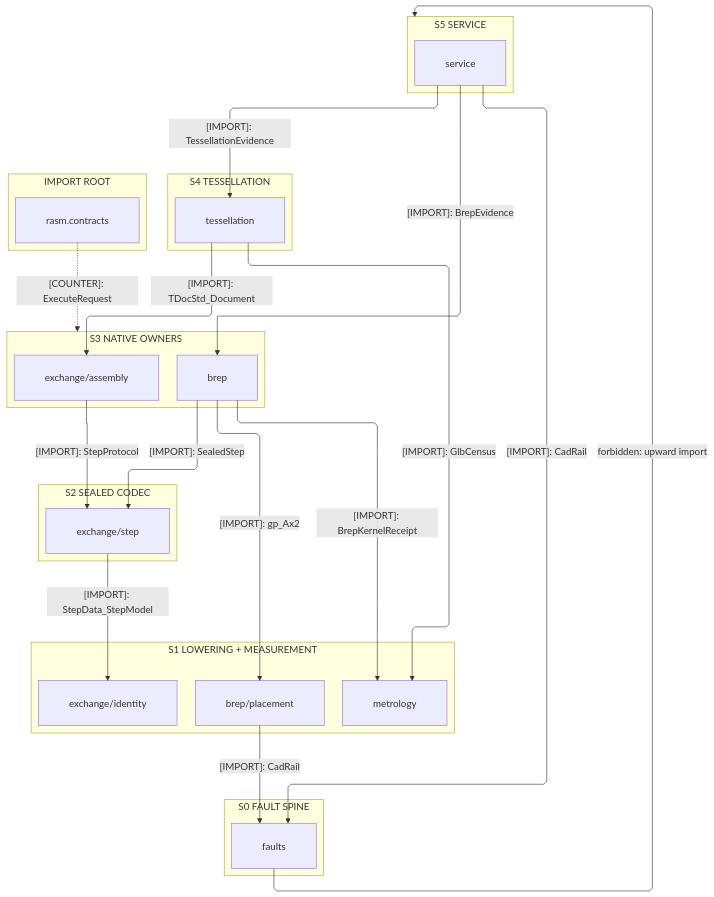
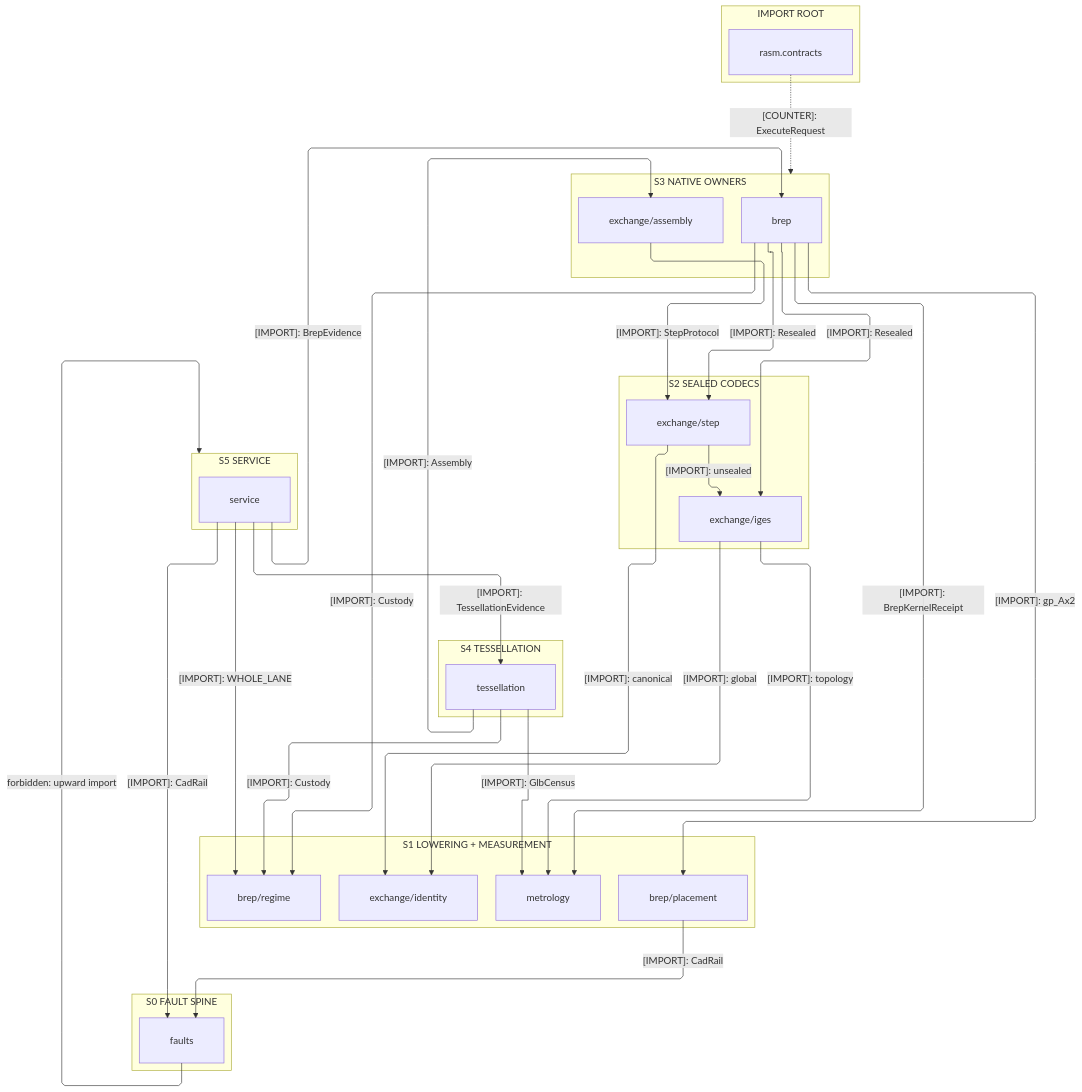
One commit to bsamiee/Rasm changed the first of 3 diagrams in libs/python/cad/ARCHITECTURE.md. Above: the diagram before and after it, drawn with Mermaid. The commit also changed other lines of this file and 167 other files, not shown here.

````diff
--- a/libs/python/cad/ARCHITECTURE.md
+++ b/libs/python/cad/ARCHITECTURE.md
@@ -38,49 +39,58 @@
 ```mermaid
 ---
 config:
   layout: elk
   flowchart:
     curve: linear
     padding: 25
 ---
 flowchart TB
     accTitle: cad provider import strata
     accDescr: Import strata from the served call down to the fault spine, with the rasm.contracts import root seated beside every rank.
     subgraph S5["S5 SERVICE"]
         Service[service]
     end
     subgraph S4["S4 TESSELLATION"]
         Tessellation[tessellation]
     end
     subgraph S3["S3 NATIVE OWNERS"]
         Brep[brep]
         Assembly[exchange/assembly]
     end
-    subgraph S2["S2 SEALED CODEC"]
+    subgraph S2["S2 SEALED CODECS"]
         Step[exchange/step]
+        Iges[exchange/iges]
     end
     subgraph S1["S1 LOWERING + MEASUREMENT"]
+        Regime[brep/regime]
         Placement[brep/placement]
         Identity[exchange/identity]
         Metrology[metrology]
     end
     subgraph S0["S0 FAULT SPINE"]
         Faults[faults]
     end
     subgraph ROOTS["IMPORT ROOT"]
         Contracts[rasm.contracts]
     end
     Service e1@-->|"[IMPORT]: TessellationEvidence"| Tessellation
     Service e2@-->|"[IMPORT]: BrepEvidence"| Brep
-    Service e3@-->|"[IMPORT]: CadRail"| Faults
-    Tessellation e4@-->|"[IMPORT]: TDocStd_Document"| Assembly
-    Tessellation e5@-->|"[IMPORT]: GlbCensus"| Metrology
-    Brep e6@-->|"[IMPORT]: SealedStep"| Step
-    Brep e7@-->|"[IMPORT]: gp_Ax2"| Placement
-    Brep e8@-->|"[IMPORT]: BrepKernelReceipt"| Metrology
-    Assembly e9@-->|"[IMPORT]: StepProtocol"| Step
-    Step e10@-->|"[IMPORT]: StepData_StepModel"| Identity
-    Placement e11@-->|"[IMPORT]: CadRail"| Faults
-    Contracts e12@-.->|"[COUNTER]: ExecuteRequest"| S3
+    Service e3@-->|"[IMPORT]: WHOLE_LANE"| Regime
+    Service e4@-->|"[IMPORT]: CadRail"| Faults
+    Tessellation e5@-->|"[IMPORT]: Assembly"| Assembly
+    Tessellation e6@-->|"[IMPORT]: GlbCensus"| Metrology
+    Tessellation e7@-->|"[IMPORT]: Custody"| Regime
+    Brep e8@-->|"[IMPORT]: Resealed"| Step
+    Brep e9@-->|"[IMPORT]: Resealed"| Iges
+    Brep e10@-->|"[IMPORT]: gp_Ax2"| Placement
+    Brep e11@-->|"[IMPORT]: BrepKernelReceipt"| Metrology
+    Brep e12@-->|"[IMPORT]: Custody"| Regime
+    Assembly e13@-->|"[IMPORT]: StepProtocol"| Step
+    Step e14@-->|"[IMPORT]: unsealed"| Iges
+    Step e15@-->|"[IMPORT]: canonical"| Identity
+    Iges e16@-->|"[IMPORT]: global"| Identity
+    Iges e17@-->|"[IMPORT]: topology"| Metrology
+    Placement e18@-->|"[IMPORT]: CadRail"| Faults
+    Contracts e19@-.->|"[COUNTER]: ExecuteRequest"| S3
     Faults f1@-->|"forbidden: upward import"| S5
 ```
````
